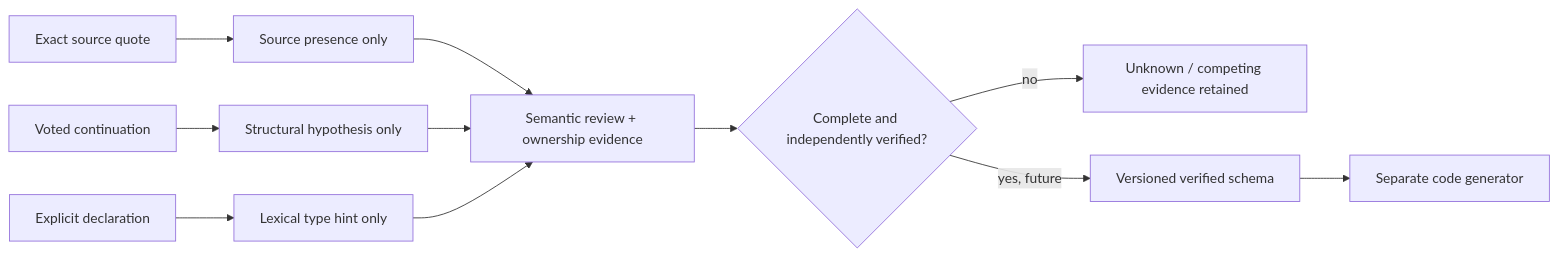
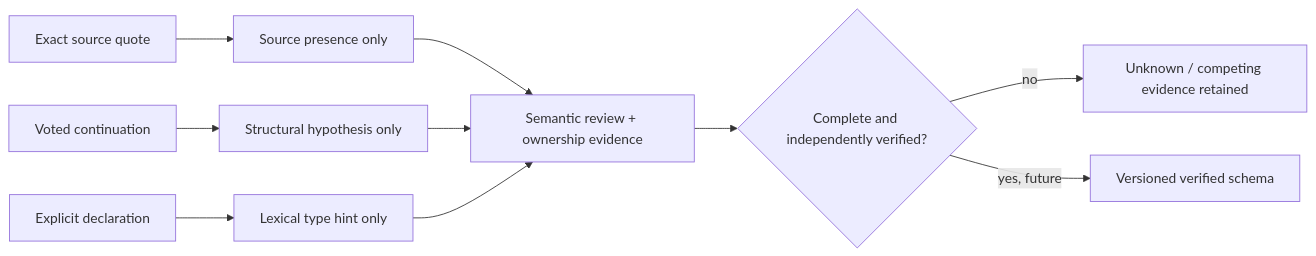
Before and after one commit to witold-k/aiagents: the eighth of 9 diagrams in docs/architecture_diagrams.md, drawn with Mermaid. The commit also changed other lines of this file and 33 other files, not shown here.

````diff
--- a/docs/architecture_diagrams.md
+++ b/docs/architecture_diagrams.md
@@ -129,13 +132,12 @@
 ```mermaid
 flowchart LR
     A["Exact source quote"] --> B["Source presence only"]
     C["Voted continuation"] --> D["Structural hypothesis only"]
     E["Explicit declaration"] --> F["Lexical type hint only"]
     B --> G["Semantic review + ownership evidence"]
     D --> G
     F --> G
     G --> H{"Complete and independently verified?"}
     H -->|no| I["Unknown / competing evidence retained"]
     H -->|yes, future| J["Versioned verified schema"]
-    J --> K["Separate code generator"]
 ```
````
